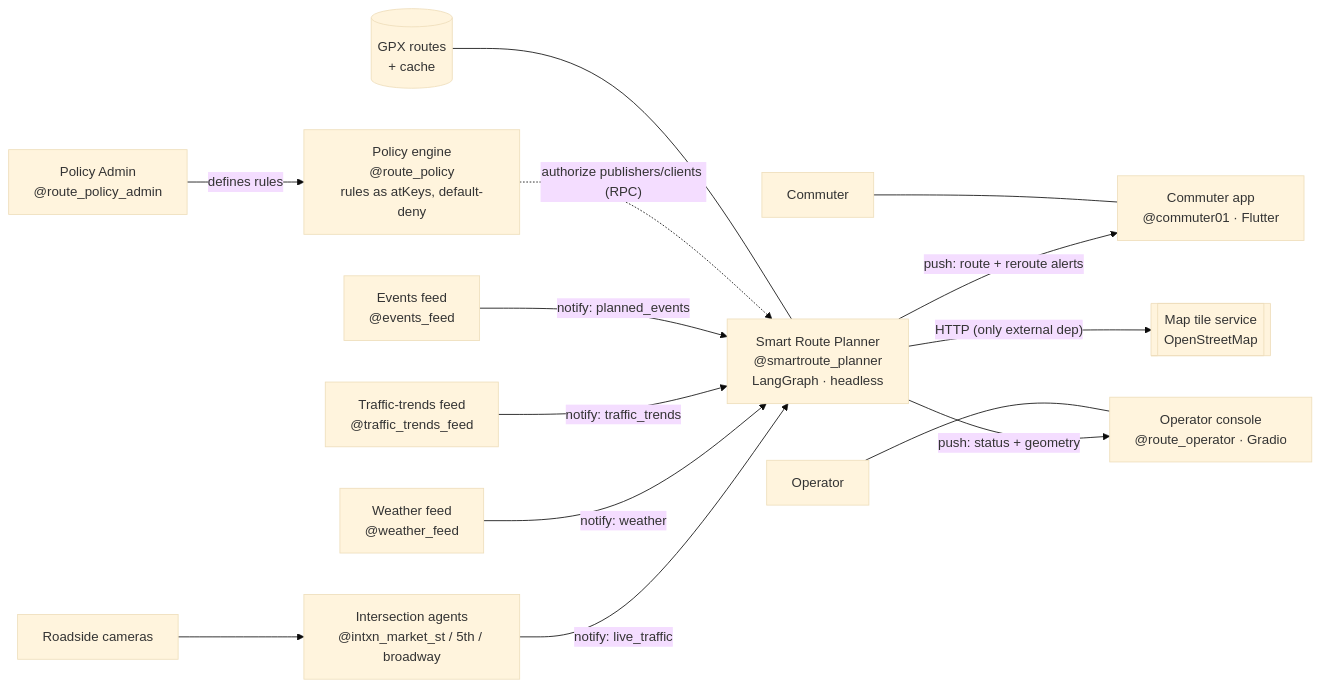
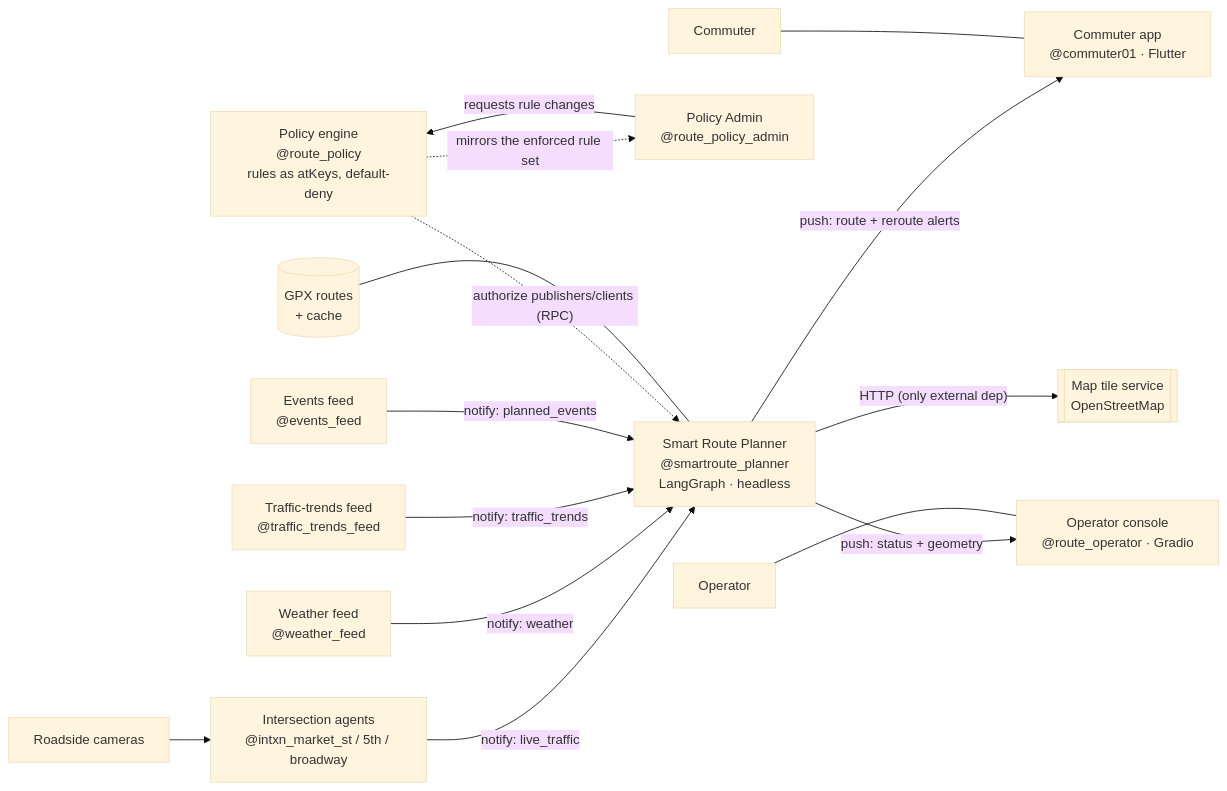
One commit to cconstab/Intel-route changed the second of 2 diagrams in diagrams/interactions.md. Above: the diagram before and after it, drawn with Mermaid (base theme). The commit also changed other lines of this file and 8 other files, not shown here.

````diff
--- a/diagrams/interactions.md
+++ b/diagrams/interactions.md
@@ -33,24 +37,25 @@
 ```mermaid
 flowchart LR
     Cam[Roadside cameras] --> I[Intersection agents<br/>@intxn_market_st / 5th / broadway]
     W[Weather feed<br/>@weather_feed]
     T[Traffic-trends feed<br/>@traffic_trends_feed]
     E[Events feed<br/>@events_feed]
 
     I -- "notify: live_traffic" --> P
     W -- "notify: weather" --> P
     T -- "notify: traffic_trends" --> P
     E -- "notify: planned_events" --> P
 
     POL[Policy engine<br/>@route_policy<br/>rules as atKeys, default-deny] -. "authorize publishers/clients (RPC)" .-> P
-    ADM[Policy Admin<br/>@route_policy_admin] -- "defines rules" --> POL
+    ADM[Policy Admin<br/>@route_policy_admin] -- "requests rule changes" --> POL
+    POL -. "mirrors the enforced rule set" .-> ADM
 
     P[Smart Route Planner<br/>@smartroute_planner<br/>LangGraph · headless]
     GPX[(GPX routes<br/>+ cache)] --- P
     P -- "push: route + reroute alerts" --> C[Commuter app<br/>@commuter01 · Flutter]
     P -- "push: status + geometry" --> O[Operator console<br/>@route_operator · Gradio]
     P -- "HTTP (only external dep)" --> MT[[Map tile service<br/>OpenStreetMap]]
 
     PERSONC[Commuter] --- C
     PERSONO[Operator] --- O
 ```
````
